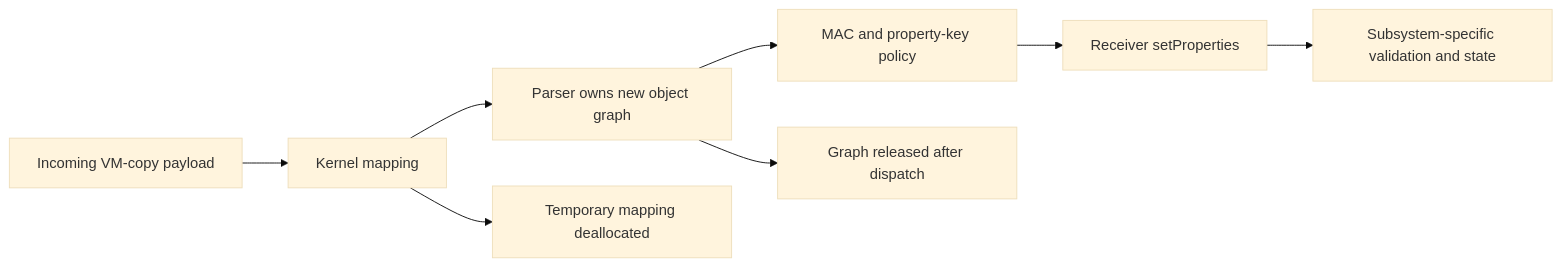
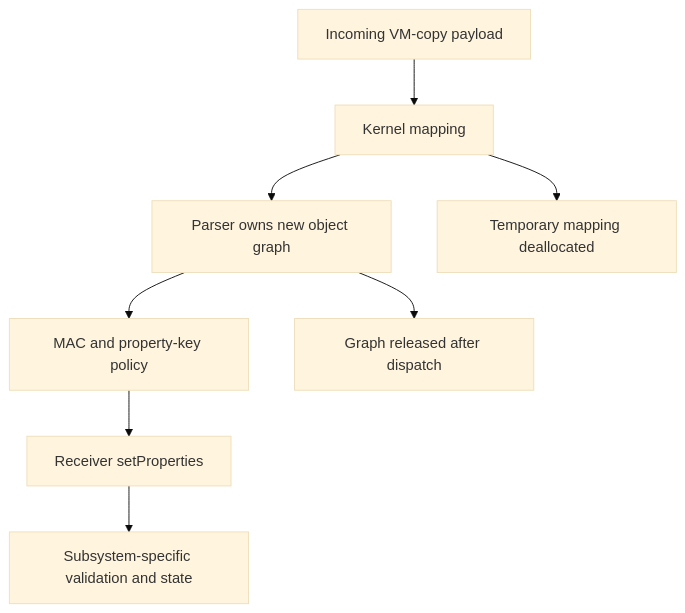
The second of 2 diagrams in docs-ai/subsystems/drivers/serialization-and-property-transport.md (lcq2/platydoc), drawn with Mermaid (base theme) before and after one commit. The commit also changed other lines of this file and 63 other files, not shown here.

````diff
--- a/docs-ai/subsystems/drivers/serialization-and-property-transport.md
+++ b/docs-ai/subsystems/drivers/serialization-and-property-transport.md
@@ -160,10 +160,10 @@
 ```mermaid
-flowchart LR
+flowchart TD
     U["Incoming VM-copy payload"] --> M["Kernel mapping"]
     M --> P["Parser owns new object graph"]
     P --> A["MAC and property-key policy"]
     A --> R["Receiver setProperties"]
     R --> S["Subsystem-specific validation and state"]
     M --> F["Temporary mapping deallocated"]
     P --> D["Graph released after dispatch"]
 ```
````
